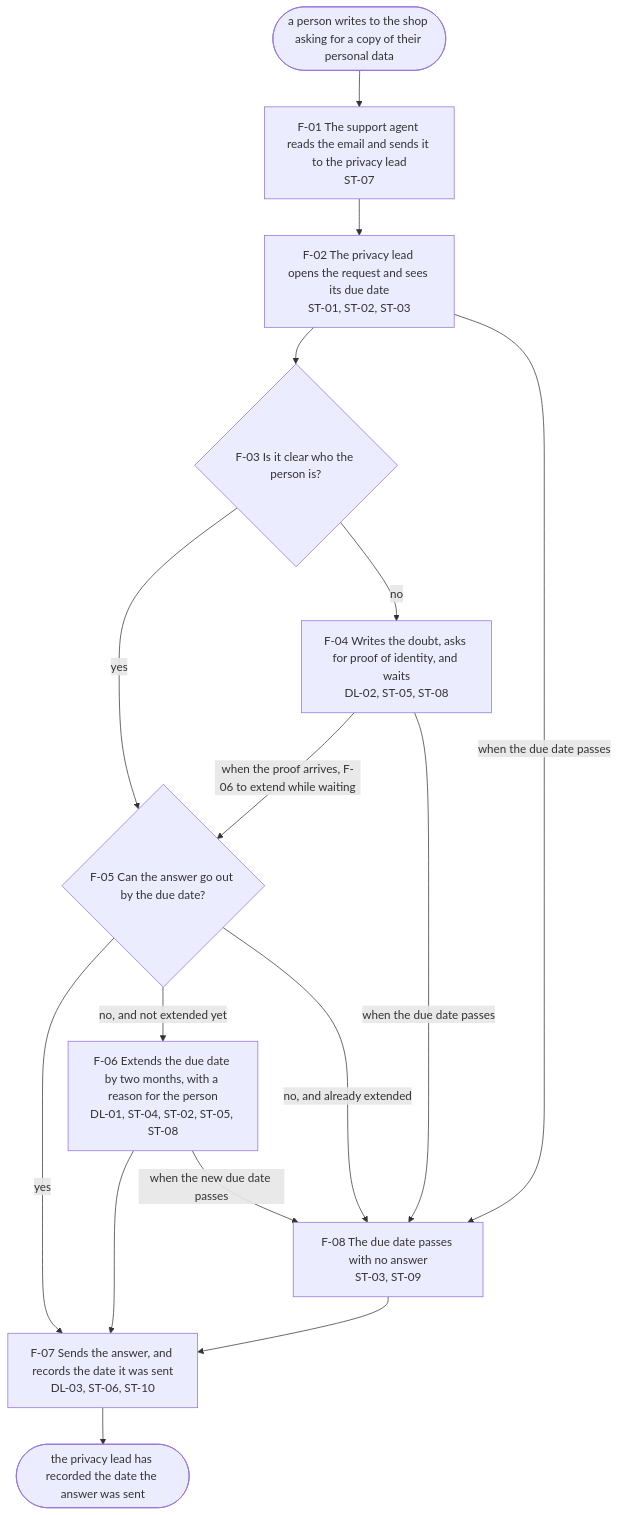
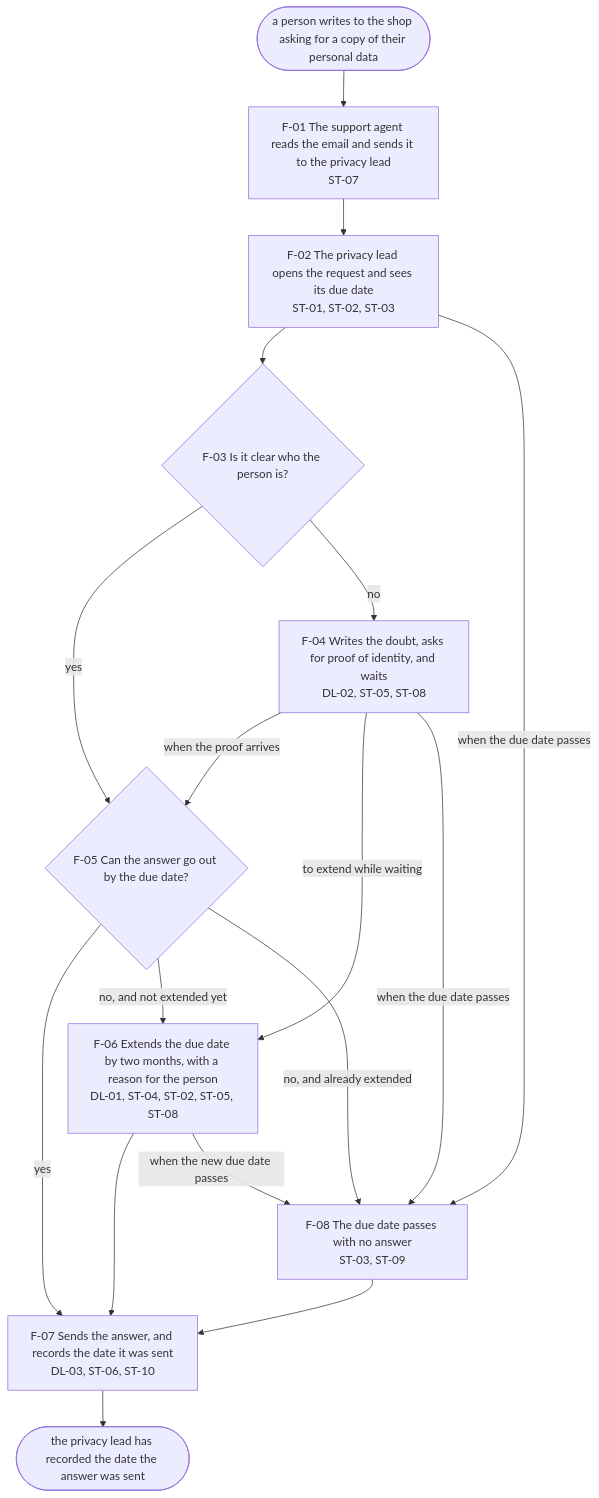
The diagram in handoff/request.md (nayyymarques-eng/agentic-product-spec), drawn with Mermaid before and after one commit. The commit also changed 3 other files, not shown here.

First line of the commit message:
Handoff draws every way a step goes on; README flowchart and broken-spec table match the spec again

````diff
--- a/handoff/request.md
+++ b/handoff/request.md
@@ -18,27 +18,28 @@
 ```mermaid
 flowchart TD
   T(["a person writes to the shop asking for a copy of their personal data"])
   T --> F01
   F01["F-01 The support agent reads the email and sends it to the privacy lead<br/>ST-07"]
   F02["F-02 The privacy lead opens the request and sees its due date<br/>ST-01, ST-02, ST-03"]
   F03{"F-03 Is it clear who the person is?"}
   F04["F-04 Writes the doubt, asks for proof of identity, and waits<br/>DL-02, ST-05, ST-08"]
   F05{"F-05 Can the answer go out by the due date?"}
   F06["F-06 Extends the due date by two months, with a reason for the person<br/>DL-01, ST-04, ST-02, ST-05, ST-08"]
   F07["F-07 Sends the answer, and records the date it was sent<br/>DL-03, ST-06, ST-10"]
   F08["F-08 The due date passes with no answer<br/>ST-03, ST-09"]
   F01 --> F02
   F02 --> F03
   F02 -- "when the due date passes" --> F08
   F03 -- "yes" --> F05
   F03 -- "no" --> F04
-  F04 -- "when the proof arrives, F-06 to extend while waiting" --> F05
+  F04 -- "when the proof arrives" --> F05
+  F04 -- "to extend while waiting" --> F06
   F04 -- "when the due date passes" --> F08
   F05 -- "yes" --> F07
   F05 -- "no, and not extended yet" --> F06
   F05 -- "no, and already extended" --> F08
   F06 --> F07
   F06 -- "when the new due date passes" --> F08
   F07 --> E(["the privacy lead has recorded the date the answer was sent"])
   F08 --> F07
 ```
````
